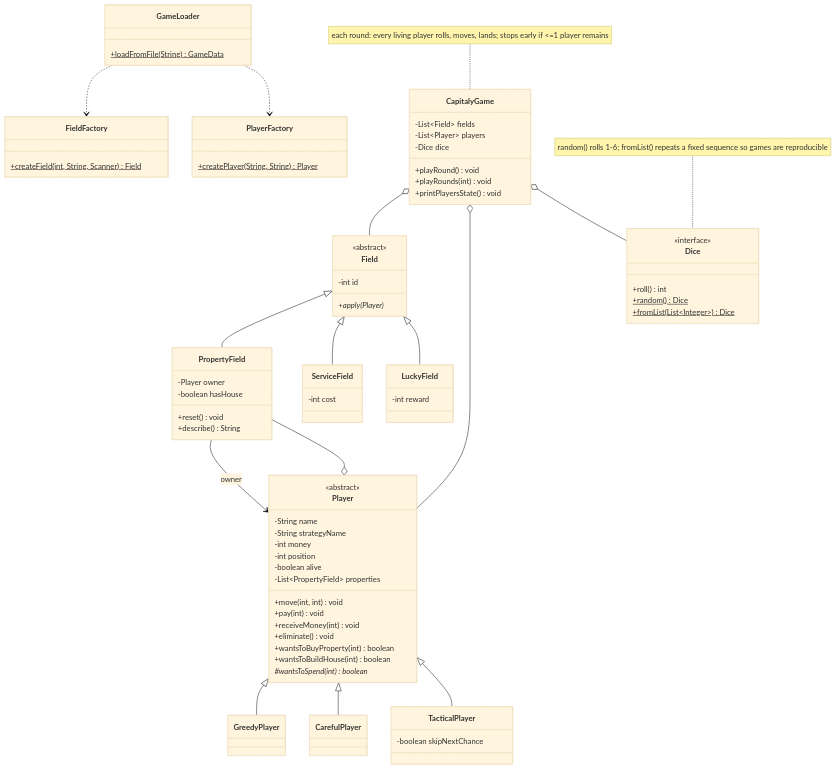
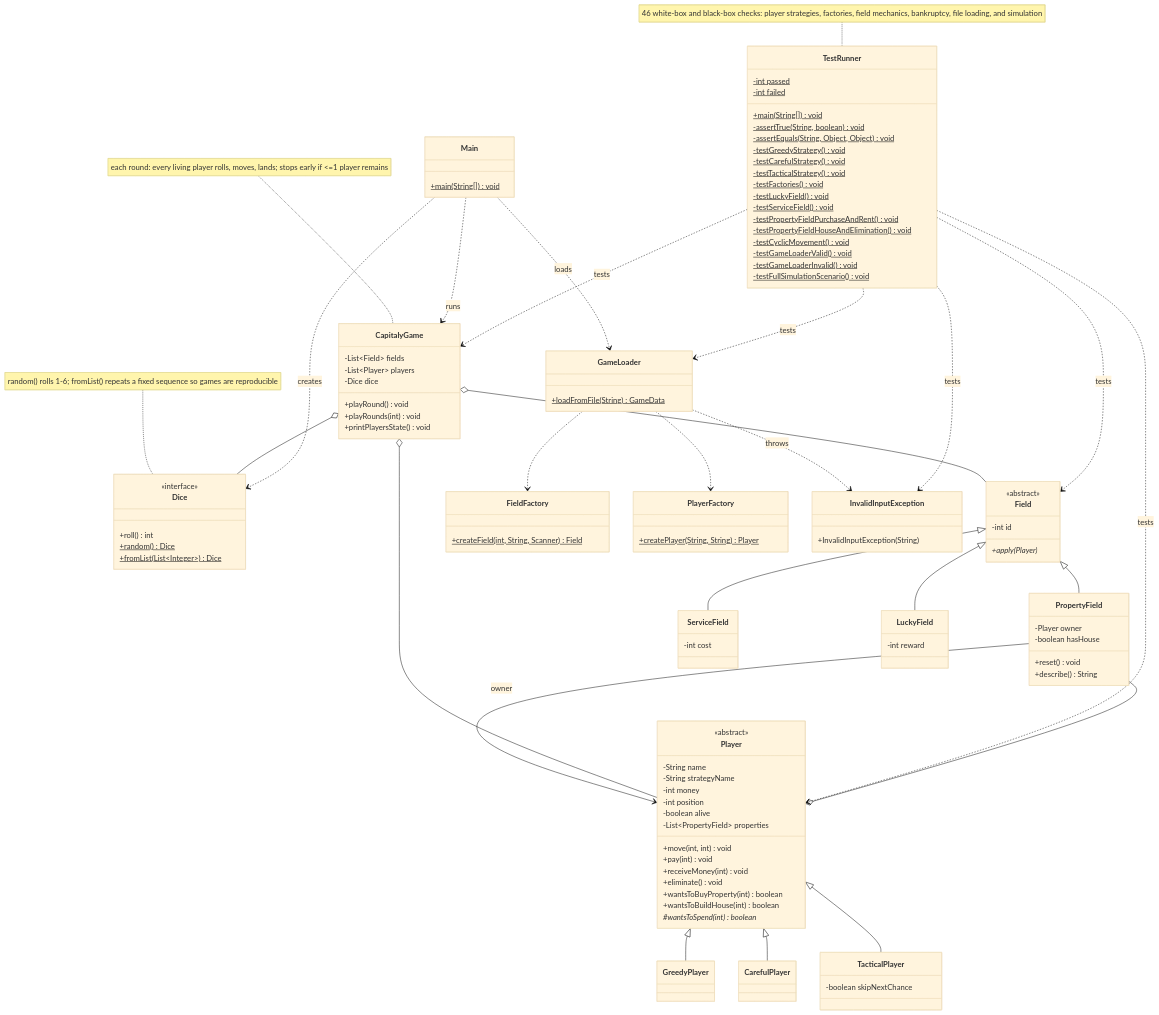
One commit to unnobatroo/bachelors changed the first of 3 diagrams in 3rd-sem/prog-tech/exams/task1/DOCUMENTATION.md. Above: the diagram before and after it, drawn with Mermaid (base theme). The commit also changed other lines of this file and 5 other files, not shown here.

````diff
--- a/3rd-sem/prog-tech/exams/task1/DOCUMENTATION.md
+++ b/3rd-sem/prog-tech/exams/task1/DOCUMENTATION.md
@@ -101,6 +101,32 @@
     class PlayerFactory {
         +createPlayer(String, String)$ Player
     }
+    class InvalidInputException {
+        +InvalidInputException(String)
+    }
+    class Main {
+        +main(String[])$ void
+    }
+    class TestRunner {
+        -int passed$
+        -int failed$
+        +main(String[])$ void
+        -assertTrue(String, boolean)$ void
+        -assertEquals(String, Object, Object)$ void
+        -testGreedyStrategy()$ void
+        -testCarefulStrategy()$ void
+        -testTacticalStrategy()$ void
+        -testFactories()$ void
+        -testLuckyField()$ void
+        -testServiceField()$ void
+        -testPropertyFieldPurchaseAndRent()$ void
+        -testPropertyFieldHouseAndElimination()$ void
+        -testCyclicMovement()$ void
+        -testGameLoaderValid()$ void
+        -testGameLoaderInvalid()$ void
+        -testFullSimulationScenario()$ void
+    }
+    note for TestRunner "46 white-box and black-box checks: player strategies, factories, field mechanics, bankruptcy, file loading, and simulation"
 
     Field <|-- PropertyField
     Field <|-- ServiceField
@@ -115,4 +141,13 @@
     CapitalyGame o-- Dice
     GameLoader ..> FieldFactory
     GameLoader ..> PlayerFactory
+    GameLoader ..> InvalidInputException : throws
+    Main ..> GameLoader : loads
+    Main ..> CapitalyGame : runs
+    Main ..> Dice : creates
+    TestRunner ..> CapitalyGame : tests
+    TestRunner ..> GameLoader : tests
+    TestRunner ..> Player : tests
+    TestRunner ..> Field : tests
+    TestRunner ..> InvalidInputException : tests
 ```
````
